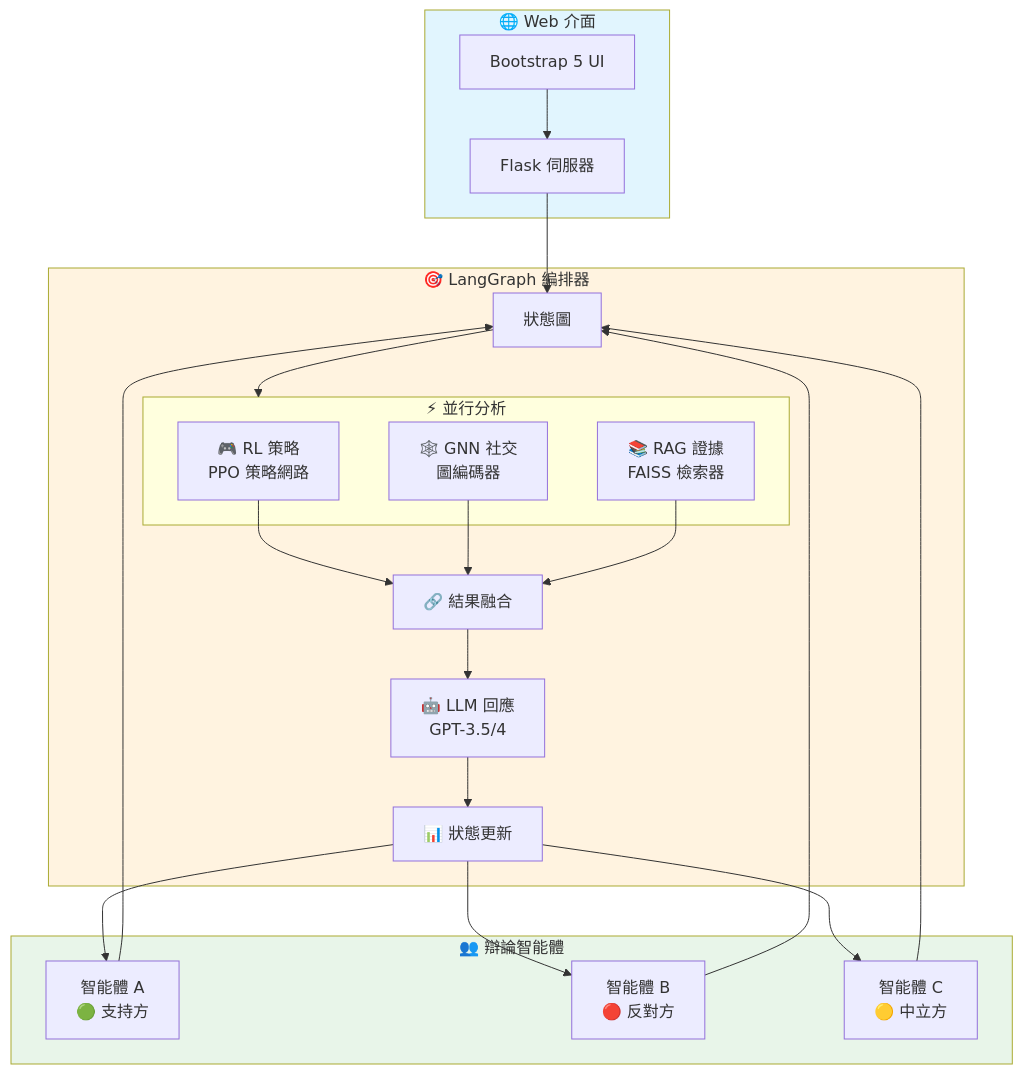
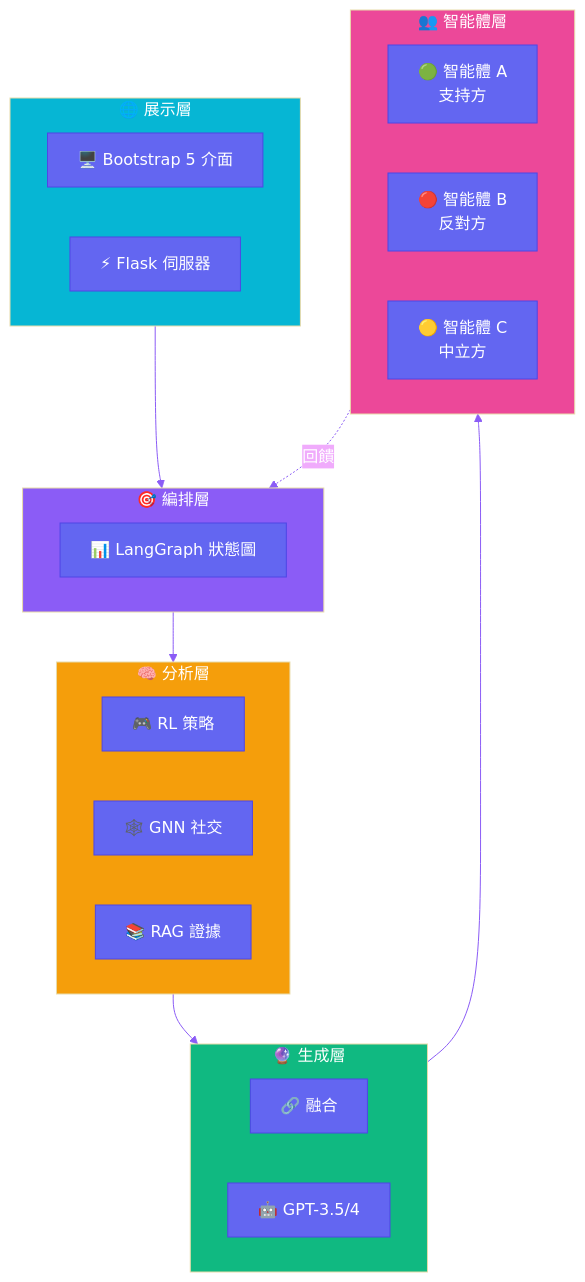
Before and after one commit to AluminumShark/Social-Debate-AI: the sixth of 7 diagrams in README.md, drawn with Mermaid. The commit also changed other lines of this file, not shown here.

First line of the commit message:
style(docs): improve Mermaid diagrams with brighter colors and cleaner layout

````diff
--- a/README.md
+++ b/README.md
@@ -453,40 +474,46 @@
 ```mermaid
-graph TB
-    subgraph UI["🌐 Web 介面"]
-        Flask["Flask 伺服器"]
-        Web["Bootstrap 5 UI"]
+%%{init: {'theme': 'base', 'themeVariables': { 'primaryColor': '#6366f1', 'primaryTextColor': '#fff', 'primaryBorderColor': '#4f46e5', 'lineColor': '#8b5cf6', 'secondaryColor': '#f0abfc', 'tertiaryColor': '#fef3c7'}}}%%
+flowchart TB
+    subgraph Layer1["  🌐 展示層  "]
+        direction LR
+        Web["🖥️ Bootstrap 5 介面"]
+        Flask["⚡ Flask 伺服器"]
     end
 
-    subgraph Orchestrator["🎯 LangGraph 編排器"]
-        StateGraph["狀態圖"]
-        
-        subgraph Parallel["⚡ 並行分析"]
-            RL["🎮 RL 策略<br/>PPO 策略網路"]
-            GNN["🕸️ GNN 社交<br/>圖編碼器"]
-            RAG["📚 RAG 證據<br/>FAISS 檢索器"]
-        end
-        
-        Fusion["🔗 結果融合"]
-        LLM["🤖 LLM 回應<br/>GPT-3.5/4"]
-        StateUpdate["📊 狀態更新"]
+    subgraph Layer2["  🎯 編排層  "]
+        direction LR
+        Graph["📊 LangGraph 狀態圖"]
     end
 
-    subgraph Agents["👥 辯論智能體"]
-        AgentA["智能體 A<br/>🟢 支持方"]
-        AgentB["智能體 B<br/>🔴 反對方"]
-        AgentC["智能體 C<br/>🟡 中立方"]
+    subgraph Layer3["  🧠 分析層  "]
+        direction LR
+        RL["🎮 RL 策略"]
+        GNN["🕸️ GNN 社交"]
+        RAG["📚 RAG 證據"]
     end
 
-    Web --> Flask
-    Flask --> StateGraph
-    StateGraph --> Parallel
-    RL & GNN & RAG --> Fusion
-    Fusion --> LLM
-    LLM --> StateUpdate
-    StateUpdate --> AgentA & AgentB & AgentC
-    AgentA & AgentB & AgentC --> StateGraph
+    subgraph Layer4["  🔮 生成層  "]
+        direction LR
+        Fusion["🔗 融合"]
+        LLM["🤖 GPT-3.5/4"]
+    end
 
-    style UI fill:#e1f5fe
-    style Orchestrator fill:#fff3e0
-    style Agents fill:#e8f5e9
+    subgraph Layer5["  👥 智能體層  "]
+        direction LR
+        A["🟢 智能體 A<br/>支持方"]
+        B["🔴 智能體 B<br/>反對方"]
+        C["🟡 智能體 C<br/>中立方"]
+    end
+
+    Layer1 --> Layer2
+    Layer2 --> Layer3
+    Layer3 --> Layer4
+    Layer4 --> Layer5
+    Layer5 -.->|"回饋"| Layer2
+
+    style Layer1 fill:#06b6d4,color:#fff
+    style Layer2 fill:#8b5cf6,color:#fff
+    style Layer3 fill:#f59e0b,color:#fff
+    style Layer4 fill:#10b981,color:#fff
+    style Layer5 fill:#ec4899,color:#fff
 ```
````
